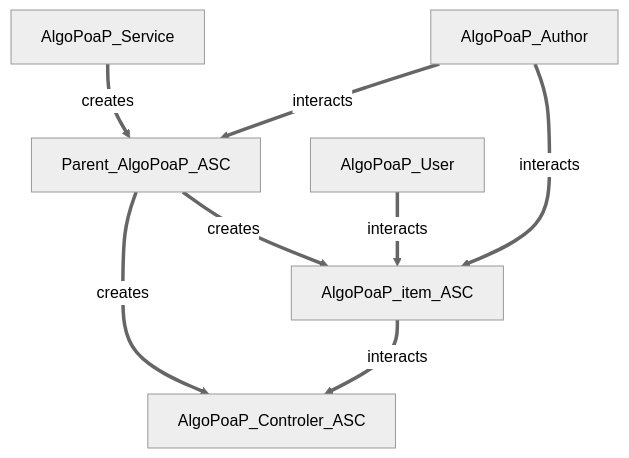
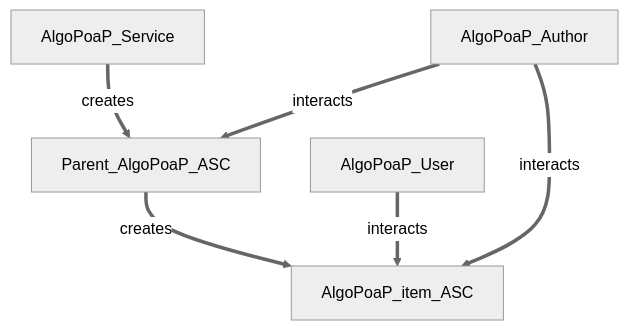
Before and after one commit to GoPlausible/.github: the fourth of 10 diagrams in profile/README.md, drawn with Mermaid (neutral theme). The commit also changed other lines of this file, not shown here.

````diff
--- a/profile/README.md
+++ b/profile/README.md
@@ -164,11 +164,9 @@
 ```mermaid
   graph TD;
       AlgoPoaP_Service== creates ==>Parent_AlgoPoaP_ASC;
-      Parent_AlgoPoaP_ASC== creates ==>AlgoPoaP_Controler_ASC;
       Parent_AlgoPoaP_ASC== creates ==>AlgoPoaP_item_ASC;
       
       AlgoPoaP_User== interacts ==>AlgoPoaP_item_ASC;
-      AlgoPoaP_item_ASC== interacts ==>AlgoPoaP_Controler_ASC;
       AlgoPoaP_Author== interacts ==>Parent_AlgoPoaP_ASC;
       AlgoPoaP_Author== interacts ==>AlgoPoaP_item_ASC;
 ```
````
